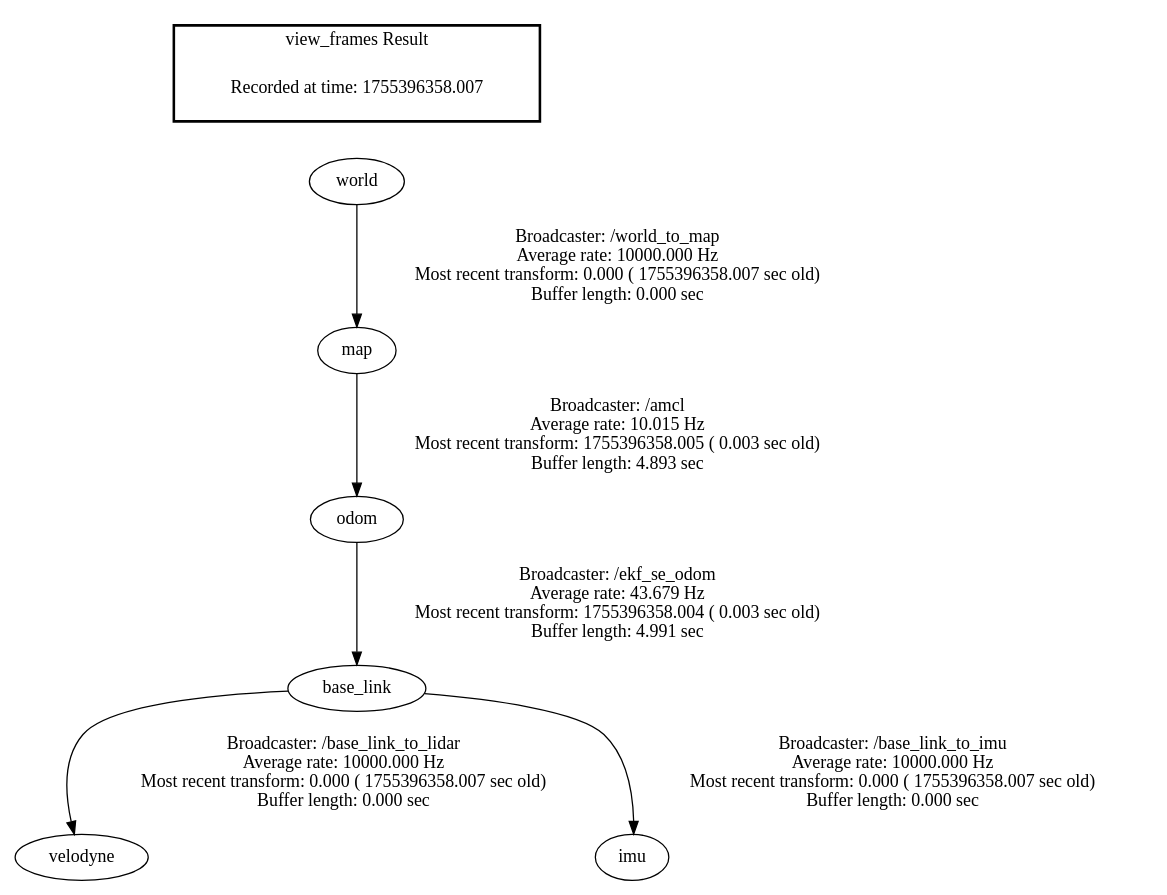
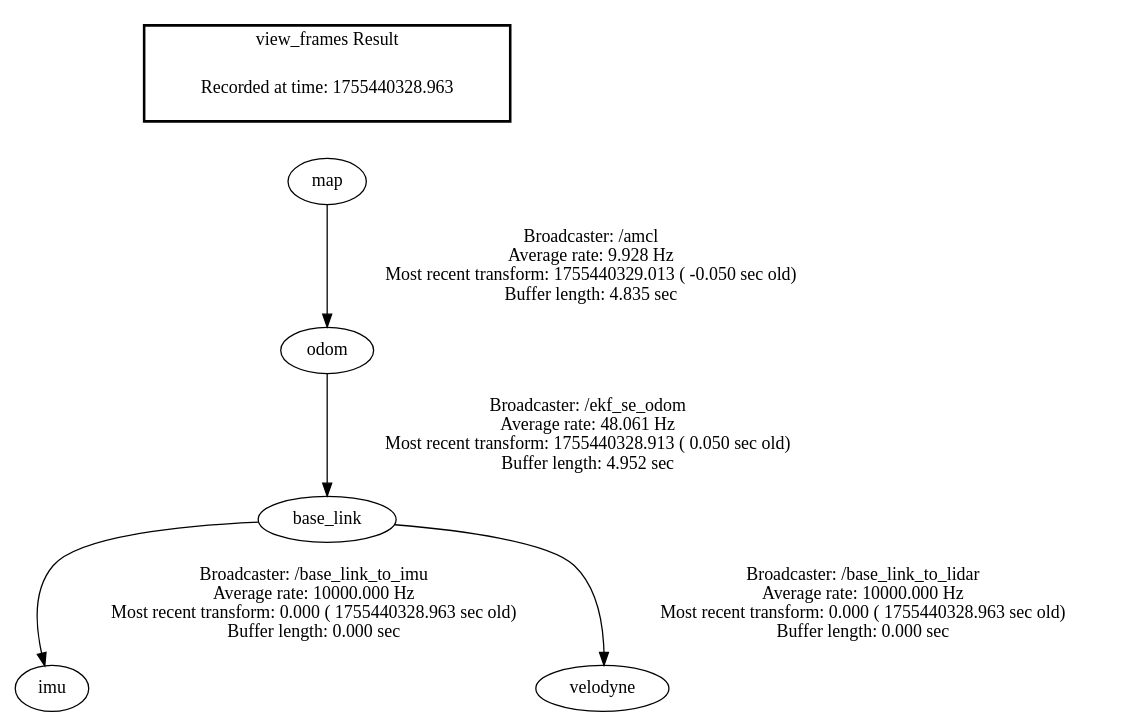
The diagram in frames.gv (chamssal/kmu_virtualdrive2025), drawn with Graphviz before and after one commit. The commit also changed 6 other files, not shown here.

```diff
--- a/frames.gv
+++ b/frames.gv
@@ -1,11 +1,10 @@
 digraph G {
-"base_link" -> "velodyne"[label="Broadcaster: /base_link_to_lidar\nAverage rate: 10000.000 Hz\nMost recent transform: 0.000 ( 1755396358.007 sec old)\nBuffer length: 0.000 sec\n"];
-"odom" -> "base_link"[label="Broadcaster: /ekf_se_odom\nAverage rate: 43.679 Hz\nMost recent transform: 1755396358.004 ( 0.003 sec old)\nBuffer length: 4.991 sec\n"];
-"base_link" -> "imu"[label="Broadcaster: /base_link_to_imu\nAverage rate: 10000.000 Hz\nMost recent transform: 0.000 ( 1755396358.007 sec old)\nBuffer length: 0.000 sec\n"];
-"world" -> "map"[label="Broadcaster: /world_to_map\nAverage rate: 10000.000 Hz\nMost recent transform: 0.000 ( 1755396358.007 sec old)\nBuffer length: 0.000 sec\n"];
-"map" -> "odom"[label="Broadcaster: /amcl\nAverage rate: 10.015 Hz\nMost recent transform: 1755396358.005 ( 0.003 sec old)\nBuffer length: 4.893 sec\n"];
+"base_link" -> "imu"[label="Broadcaster: /base_link_to_imu\nAverage rate: 10000.000 Hz\nMost recent transform: 0.000 ( 1755440328.963 sec old)\nBuffer length: 0.000 sec\n"];
+"odom" -> "base_link"[label="Broadcaster: /ekf_se_odom\nAverage rate: 48.061 Hz\nMost recent transform: 1755440328.913 ( 0.050 sec old)\nBuffer length: 4.952 sec\n"];
+"base_link" -> "velodyne"[label="Broadcaster: /base_link_to_lidar\nAverage rate: 10000.000 Hz\nMost recent transform: 0.000 ( 1755440328.963 sec old)\nBuffer length: 0.000 sec\n"];
+"map" -> "odom"[label="Broadcaster: /amcl\nAverage rate: 9.928 Hz\nMost recent transform: 1755440329.013 ( -0.050 sec old)\nBuffer length: 4.835 sec\n"];
 edge [style=invis];
  subgraph cluster_legend { style=bold; color=black; label ="view_frames Result";
-"Recorded at time: 1755396358.007"[ shape=plaintext ] ;
- }->"world";
+"Recorded at time: 1755440328.963"[ shape=plaintext ] ;
+ }->"map";
 }
```
